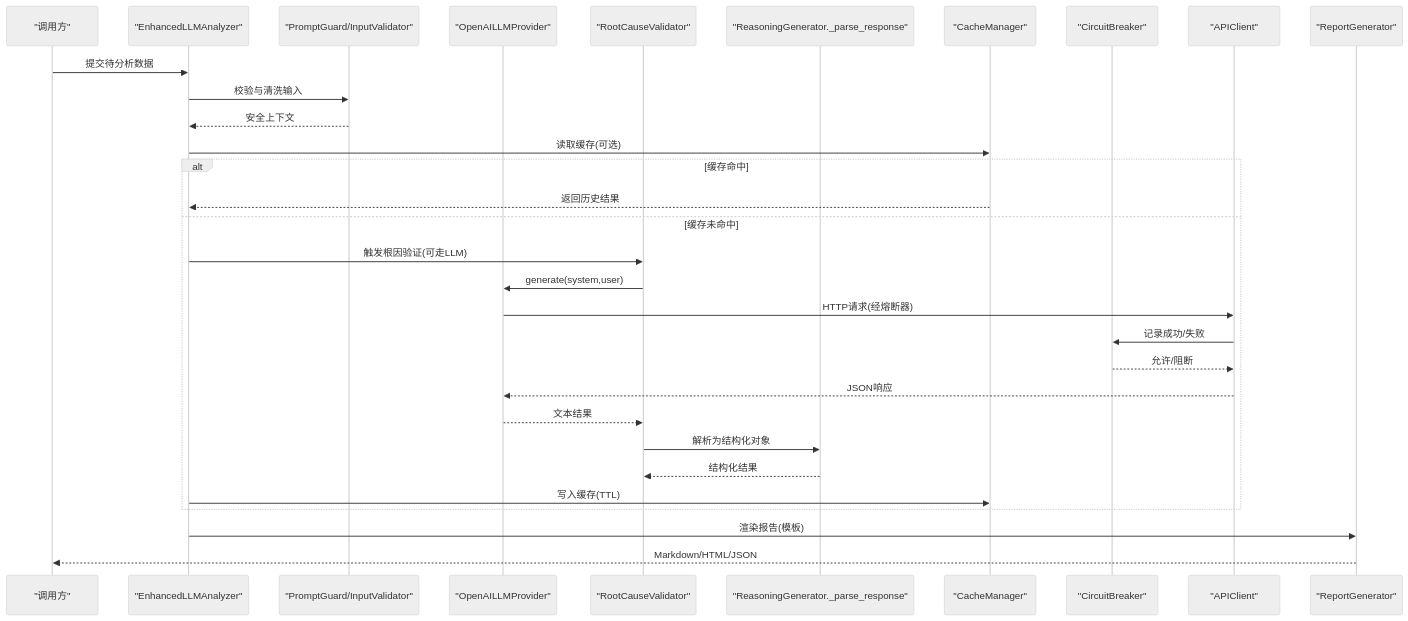
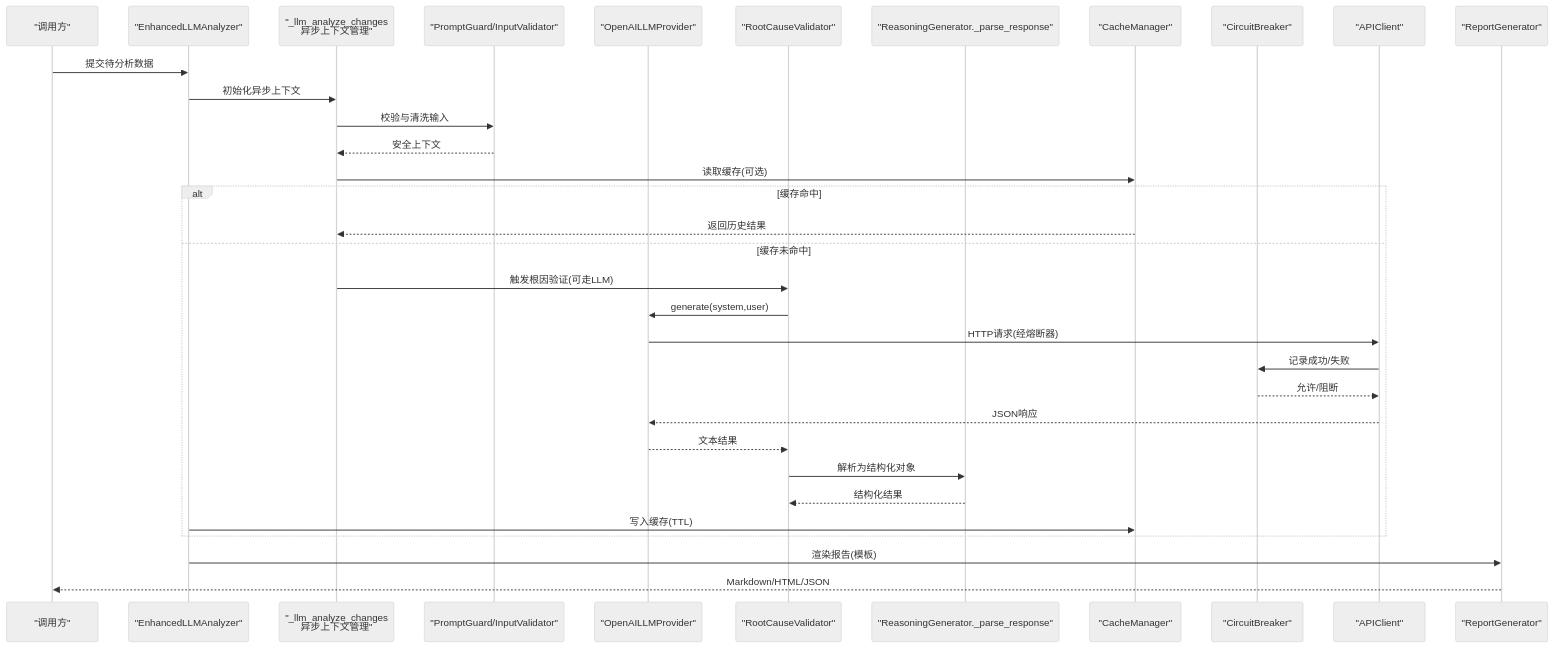
One commit to boyingliu01/fault-review-analyzer changed the second of 10 diagrams in .qoder/repowiki/zh/content/LLM集成模块/LLM集成模块.md. Above: the diagram before and after it, drawn with Mermaid (neutral theme). The commit also changed other lines of this file and 125 other files, not shown here.

````diff
--- a/.qoder/repowiki/zh/content/LLM集成模块/LLM集成模块.md
+++ b/.qoder/repowiki/zh/content/LLM集成模块/LLM集成模块.md
@@ -149,33 +163,35 @@
 ```mermaid
 sequenceDiagram
 participant Caller as "调用方"
 participant Orchestrator as "EnhancedLLMAnalyzer"
+participant AsyncMgr as "_llm_analyze_changes<br/>异步上下文管理"
 participant Guard as "PromptGuard/InputValidator"
 participant Provider as "OpenAILLMProvider"
 participant Validator as "RootCauseValidator"
 participant Parser as "ReasoningGenerator._parse_response"
 participant Cache as "CacheManager"
 participant Breaker as "CircuitBreaker"
 participant Client as "APIClient"
 participant Reporter as "ReportGenerator"
 Caller->>Orchestrator : 提交待分析数据
-Orchestrator->>Guard : 校验与清洗输入
-Guard-->>Orchestrator : 安全上下文
-Orchestrator->>Cache : 读取缓存(可选)
+Orchestrator->>AsyncMgr : 初始化异步上下文
+AsyncMgr->>Guard : 校验与清洗输入
+Guard-->>AsyncMgr : 安全上下文
+AsyncMgr->>Cache : 读取缓存(可选)
 alt 缓存命中
-Cache-->>Orchestrator : 返回历史结果
+Cache-->>AsyncMgr : 返回历史结果
 else 缓存未命中
-Orchestrator->>Validator : 触发根因验证(可走LLM)
+AsyncMgr->>Validator : 触发根因验证(可走LLM)
 Validator->>Provider : generate(system,user)
 Provider->>Client : HTTP请求(经熔断器)
 Client->>Breaker : 记录成功/失败
 Breaker-->>Client : 允许/阻断
 Client-->>Provider : JSON响应
 Provider-->>Validator : 文本结果
 Validator->>Parser : 解析为结构化对象
 Parser-->>Validator : 结构化结果
 Orchestrator->>Cache : 写入缓存(TTL)
 end
 Orchestrator->>Reporter : 渲染报告(模板)
 Reporter-->>Caller : Markdown/HTML/JSON
 ```
````
